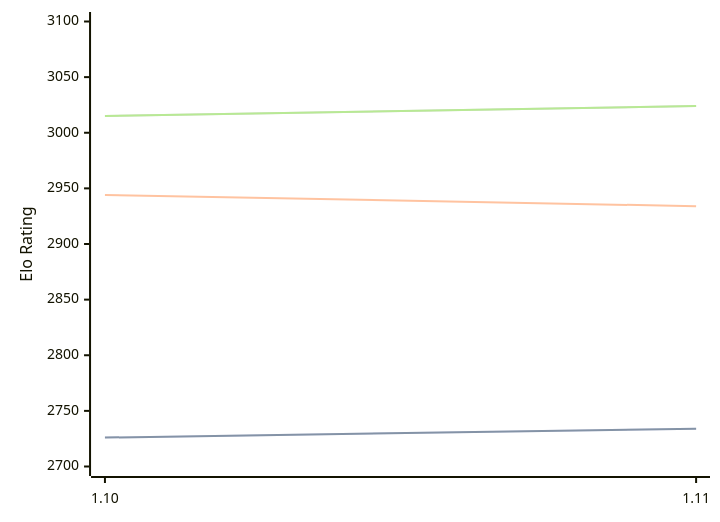
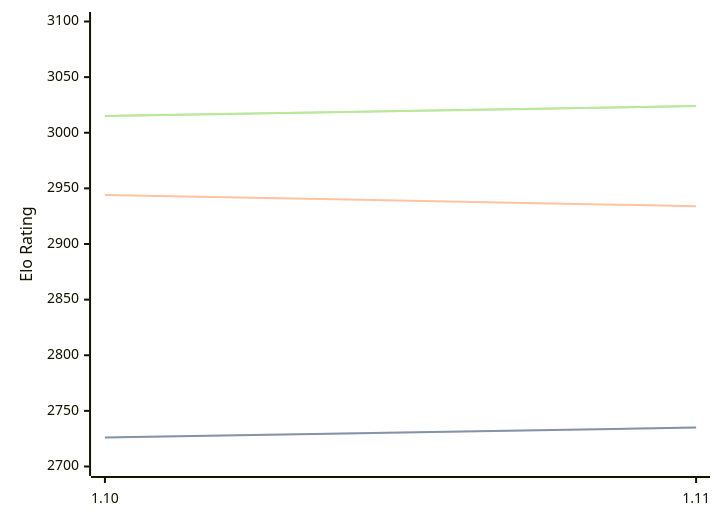
One commit to computer-chess-index/cci changed the diagram in engines/Roc.md. Above: the diagram before and after it, drawn with Mermaid. The commit also changed other lines of this file, not shown here.

````diff
--- a/engines/Roc.md
+++ b/engines/Roc.md
@@ -65,11 +65,11 @@
 ```mermaid
 %%{init: {"theme":"base","themeVariables":{"seriesColors:['#a3a3a3','#222221','#faa371']}}}%%
 xychart-beta
   x-axis ["1.10", "1.11"]
   y-axis "Elo Rating" 2700 --> 3100
-  line "STC (8.0+0.08s)" [2726, 2734]
-  line "STC (8.0+0.08s)" [2726, 2734]
+  line "STC (8.0+0.08s)" [2726, 2735]
+  line "STC (8.0+0.08s)" [2726, 2735]
   line "LTC (60.0+0.60s)" [2944, 2934]
   line "VLTC (2m24s+1.12s)" [3015, 3024]
   line "VLTC (2m24s+1.12s)" [3015, 3024]
 ```
````
